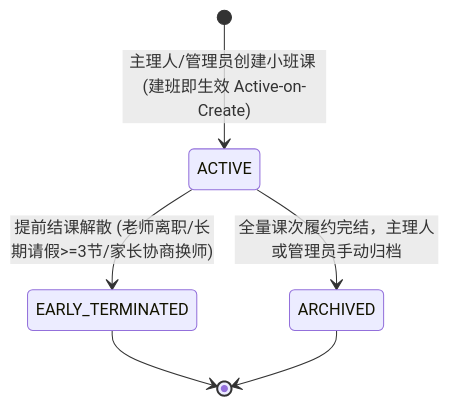
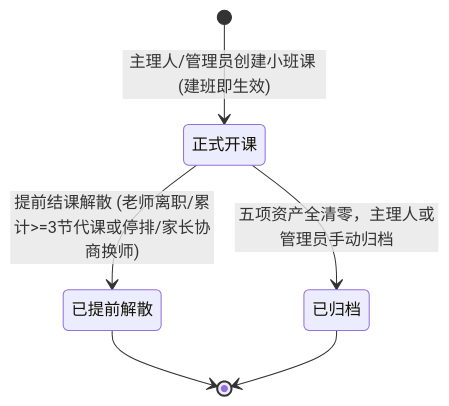
Before and after one commit to Onezao/dream: the second of 2 diagrams in docs/prd/m1c_classes.md, drawn with Mermaid. The commit also changed other lines of this file and 38 other files, not shown here.

````diff
--- a/docs/prd/m1c_classes.md
+++ b/docs/prd/m1c_classes.md
@@ -80,10 +82,10 @@
 ```mermaid
 stateDiagram-v2
-    [*] --> ACTIVE: 主理人/管理员创建小班课 (建班即生效 Active-on-Create)
-    
-    ACTIVE --> EARLY_TERMINATED: 提前结课解散 (老师离职/长期请假>=3节/家长协商换师)
-    ACTIVE --> ARCHIVED: 全量课次履约完结，主理人或管理员手动归档
-    
-    EARLY_TERMINATED --> [*]
-    ARCHIVED --> [*]
+    [*] --> 正式开课: 主理人/管理员创建小班课 (建班即生效)
+
+    正式开课 --> 已提前解散: 提前结课解散 (老师离职/累计>=3节代课或停排/家长协商换师)
+    正式开课 --> 已归档: 五项资产全清零，主理人或管理员手动归档
+
+    已提前解散 --> [*]
+    已归档 --> [*]
 ```
````
